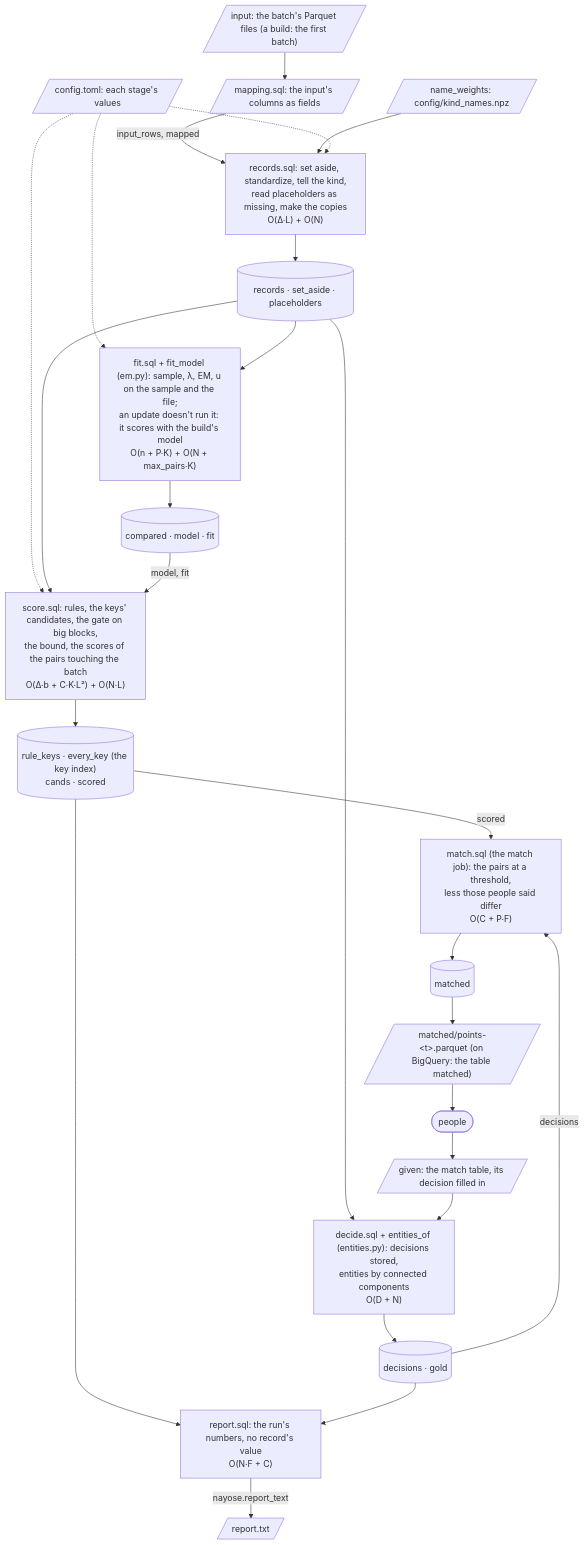
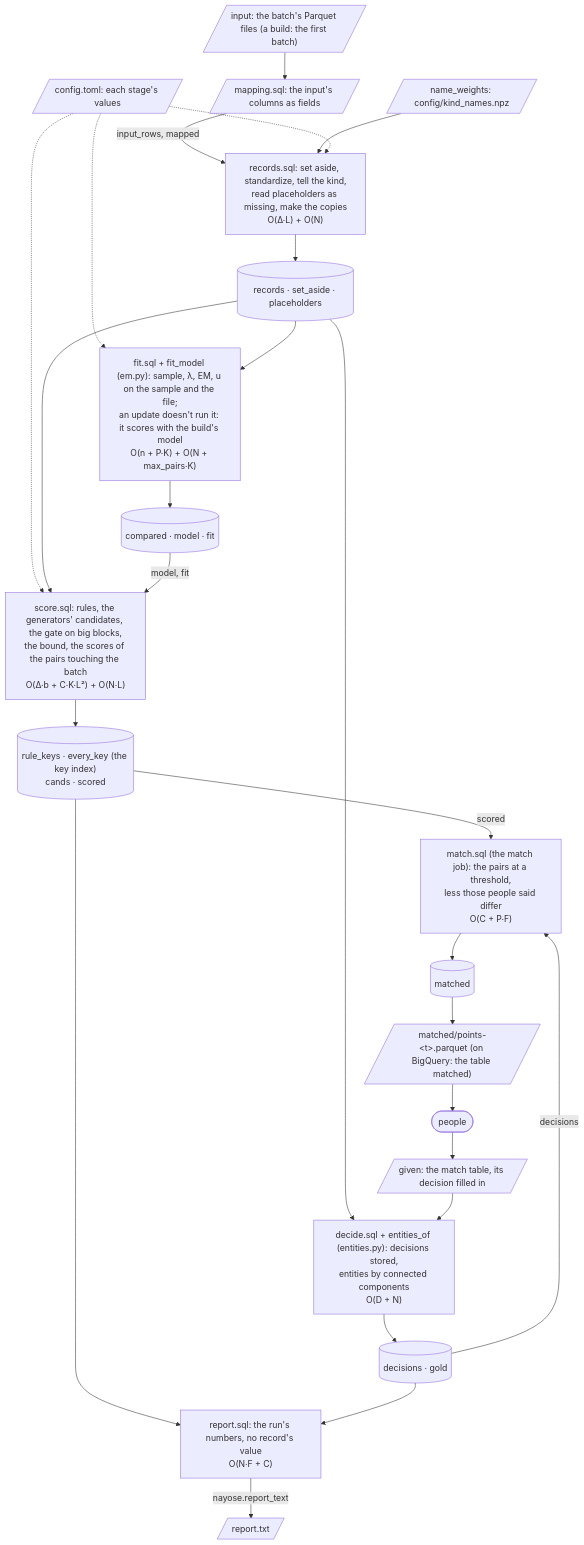
The third of 3 diagrams in docs/architecture.md (mvsbm/entity_matching), drawn with Mermaid before and after one commit. The commit also changed other lines of this file and 31 other files, not shown here.

````diff
--- a/docs/architecture.md
+++ b/docs/architecture.md
@@ -117,46 +117,46 @@
 ```mermaid
 flowchart TB
   input[/"input: the batch's Parquet files (a build: the first batch)"/]
   mapping[/"mapping.sql: the input's columns as fields"/]
   values[/"config.toml: each stage's values"/]
   names[/"name_weights: config/kind_names.npz"/]
   records["records.sql: set aside, standardize, tell the kind,<br/>read placeholders as missing, make the copies<br/>O(Δ·L) + O(N)"]
   fit["fit.sql + fit_model (em.py): sample, λ, EM, u on the sample and the file;<br/>an update doesn't run it: it scores with the build's model<br/>O(n + P·K) + O(N + max_pairs·K)"]
-  score["score.sql: rules, the keys' candidates, the gate on big blocks,<br/>the bound, the scores of the pairs touching the batch<br/>O(Δ·b + C·K·L²) + O(N·L)"]
+  score["score.sql: rules, the generators' candidates, the gate on big blocks,<br/>the bound, the scores of the pairs touching the batch<br/>O(Δ·b + C·K·L²) + O(N·L)"]
   decide["decide.sql + entities_of (entities.py): decisions stored,<br/>entities by connected components<br/>O(D + N)"]
   report["report.sql: the run's numbers, no record's value<br/>O(N·F + C)"]
   match["match.sql (the match job): the pairs at a threshold,<br/>less those people said differ<br/>O(C + P·F)"]
   t_records[("records · set_aside · placeholders")]
   t_fit[("compared · model · fit")]
   t_score[("rule_keys · every_key (the key index)<br/>cands · scored")]
   t_decide[("decisions · gold")]
   t_matched[("matched")]
   f_report[/"report.txt"/]
   f_matched[/"matched/points-#lt;t#gt;.parquet (on BigQuery: the table matched)"/]
   people(["people"])
   given[/"given: the match table, its decision filled in"/]
   input --> mapping
   mapping -->|"input_rows, mapped"| records
   names --> records
   values -.-> records
   values -.-> fit
   values -.-> score
   records --> t_records
   t_records --> fit
   fit --> t_fit
   t_records --> score
   t_fit -->|"model, fit"| score
   score --> t_score
   t_score --> report
   t_records --> decide
   decide --> t_decide
   t_decide --> report
   report -->|"nayose.report_text"| f_report
   t_score -->|"scored"| match
   t_decide -->|"decisions"| match
   match --> t_matched
   t_matched --> f_matched
   f_matched --> people
   people --> given
   given --> decide
 ```
````
